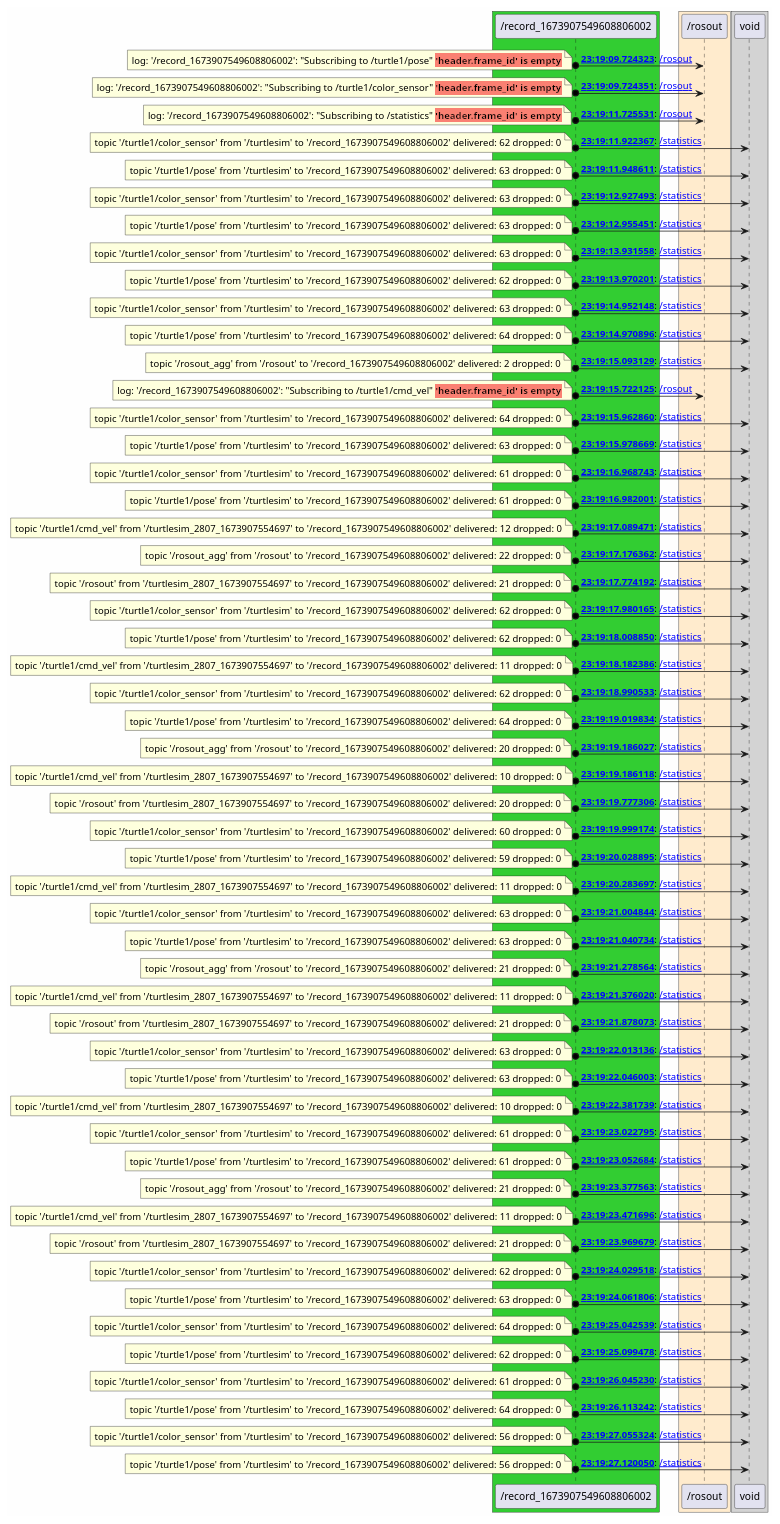
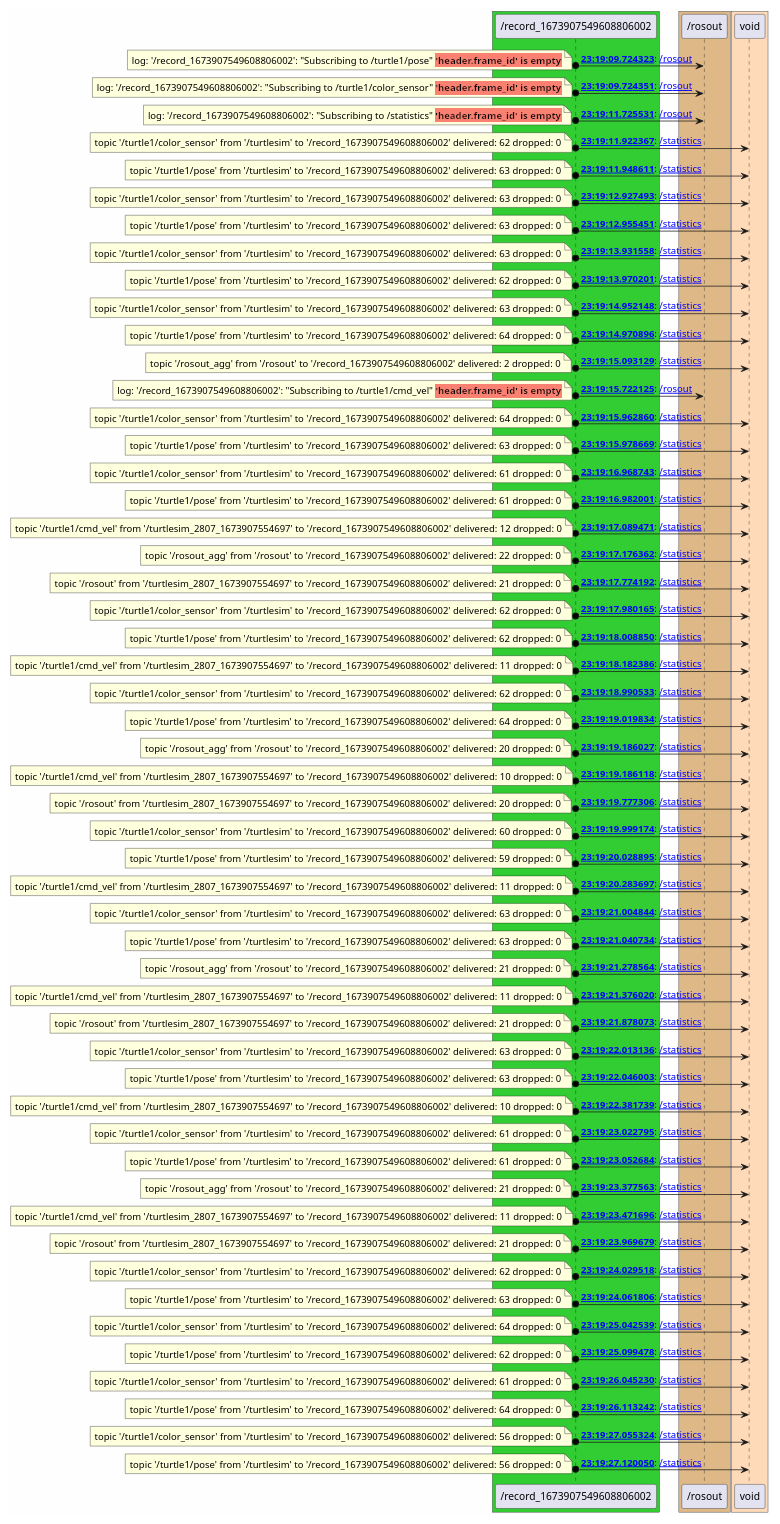
Before and after one commit to anetczuk/ros-diagram-tools: the diagram in examples/turtlesim/rosbag/out/nodes/_record_1673907549608806002.puml, drawn with PlantUML. The commit also changed 20 other files, not shown here.

```diff
--- a/examples/turtlesim/rosbag/out/nodes/_record_1673907549608806002.puml
+++ b/examples/turtlesim/rosbag/out/nodes/_record_1673907549608806002.puml
@@ -5,10 +5,10 @@
 box #LimeGreen
     participant "/record_1673907549608806002" as _record_1673907549608806002 [[_record_1673907549608806002.html]]
 end box
-box #BlanchedAlmond
+box #BurlyWood
     participant "/rosout" as _rosout [[_rosout.html]]
 end box
-box #LightGrey
+box #PeachPuff
     participant "void" as void [[void.html]]
 end box
 
```
